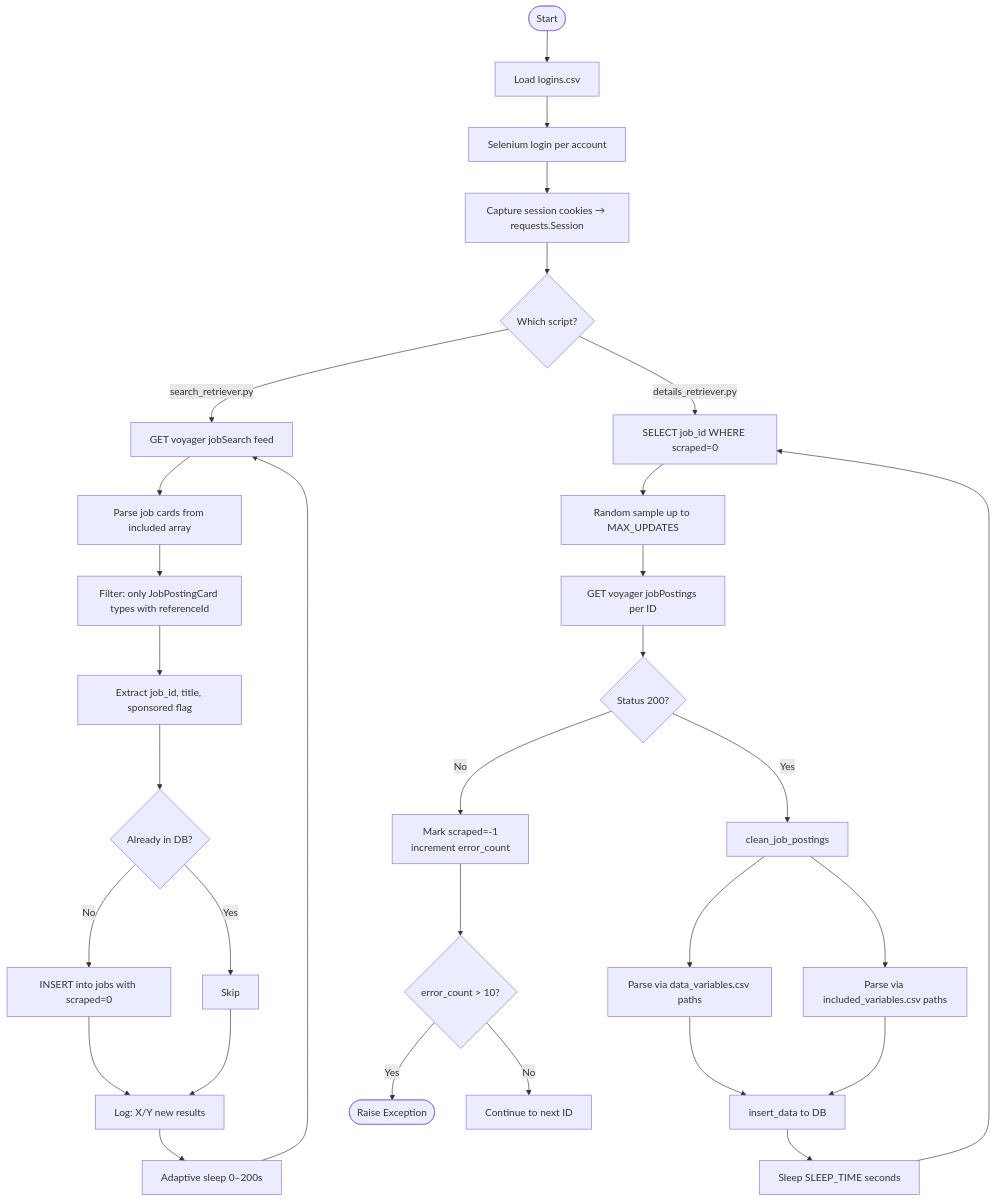
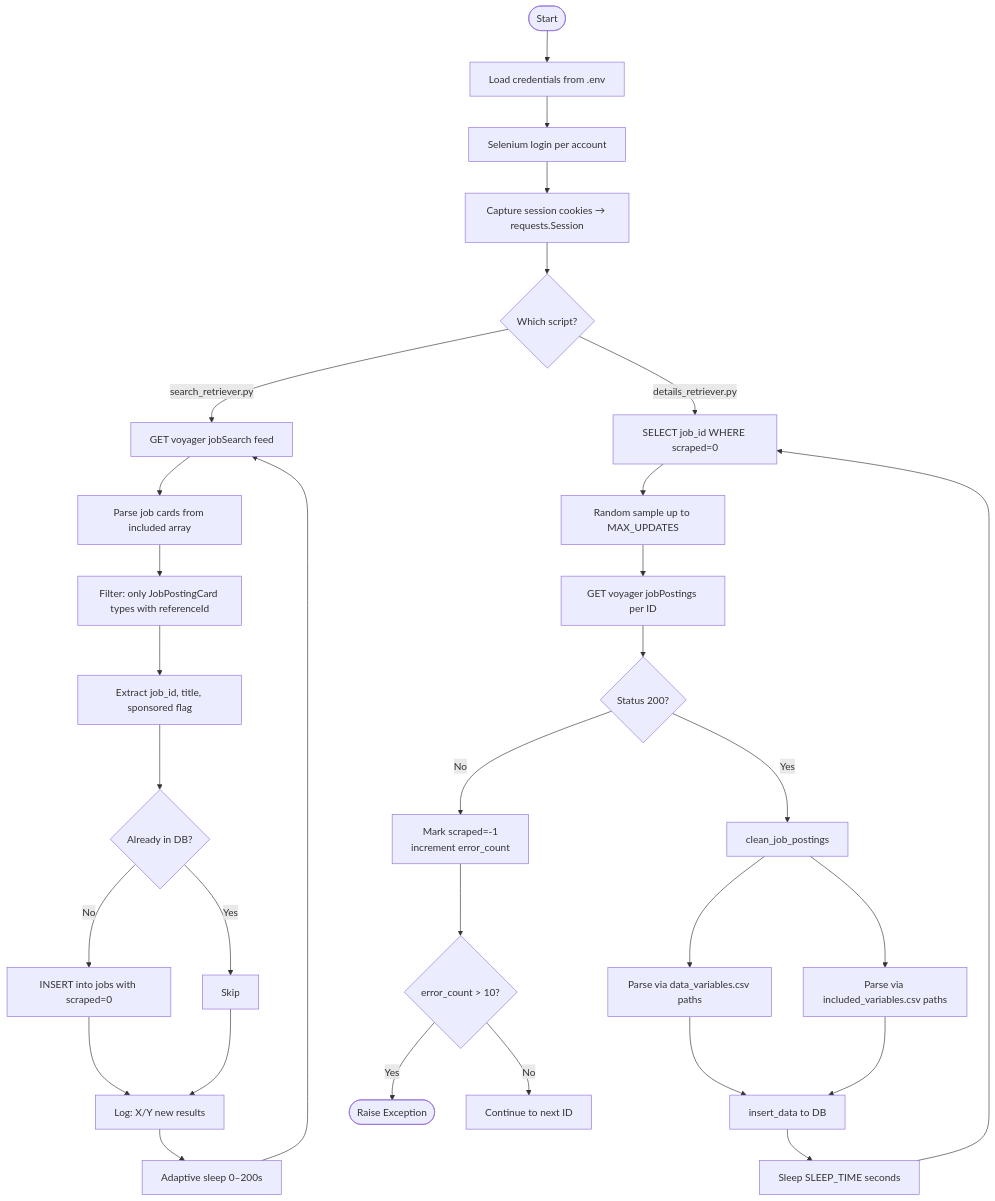
Before and after one commit to apojomovsky/LinkedIn-Job-Scraper: the first of 2 diagrams in docs/scraping-pipeline.md, drawn with Mermaid. The commit also changed 5 other files, not shown here.

First line of the commit message:
docs: update all references from logins.csv to .env

````diff
--- a/docs/scraping-pipeline.md
+++ b/docs/scraping-pipeline.md
@@ -5,35 +5,35 @@
 ```mermaid
 flowchart TD
-    A([Start]) --> B[Load logins.csv]
+    A([Start]) --> B[Load credentials from .env]
     B --> C[Selenium login per account]
     C --> D[Capture session cookies → requests.Session]
     D --> E{Which script?}
 
     E -->|search_retriever.py| F[GET voyager jobSearch feed]
     F --> G[Parse job cards from included array]
     G --> H[Filter: only JobPostingCard types with referenceId]
     H --> I[Extract job_id, title, sponsored flag]
     I --> J{Already in DB?}
     J -->|No| K[INSERT into jobs with scraped=0]
     J -->|Yes| L[Skip]
     K --> M[Log: X/Y new results]
     L --> M
     M --> N[Adaptive sleep 0–200s]
     N --> F
 
     E -->|details_retriever.py| O[SELECT job_id WHERE scraped=0]
     O --> P[Random sample up to MAX_UPDATES]
     P --> Q[GET voyager jobPostings per ID]
     Q --> R{Status 200?}
     R -->|No| S[Mark scraped=-1\nincrement error_count]
     S --> T{error_count > 10?}
     T -->|Yes| U([Raise Exception])
     T -->|No| V[Continue to next ID]
     R -->|Yes| W[clean_job_postings]
     W --> X[Parse via data_variables.csv paths]
     W --> Y[Parse via included_variables.csv paths]
     X --> Z[insert_data to DB]
     Y --> Z
     Z --> AA[Sleep SLEEP_TIME seconds]
     AA --> O
 ```
````
